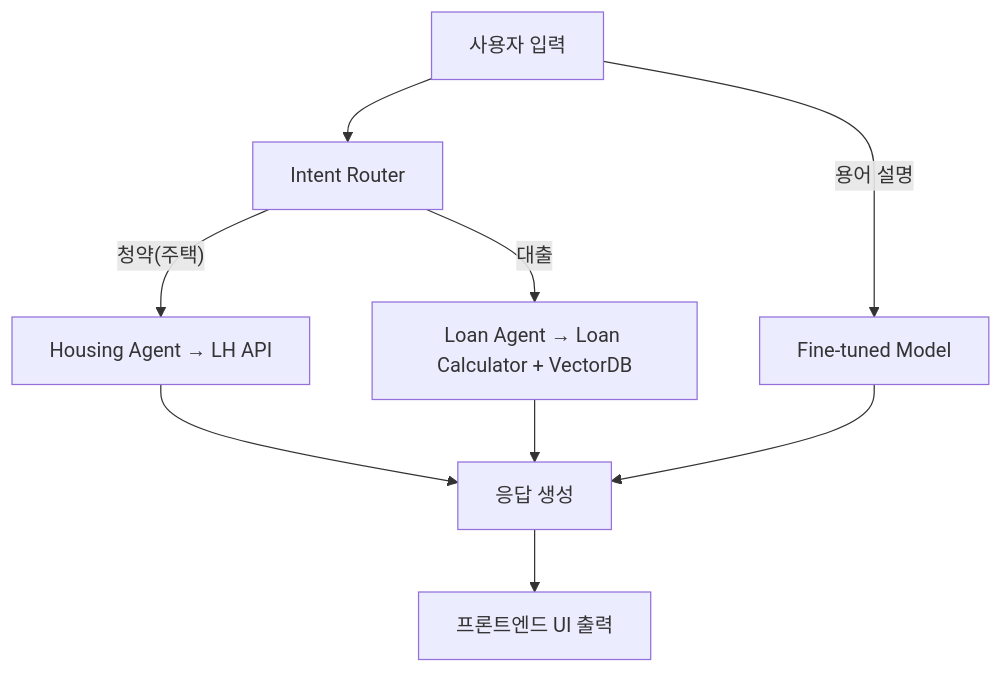
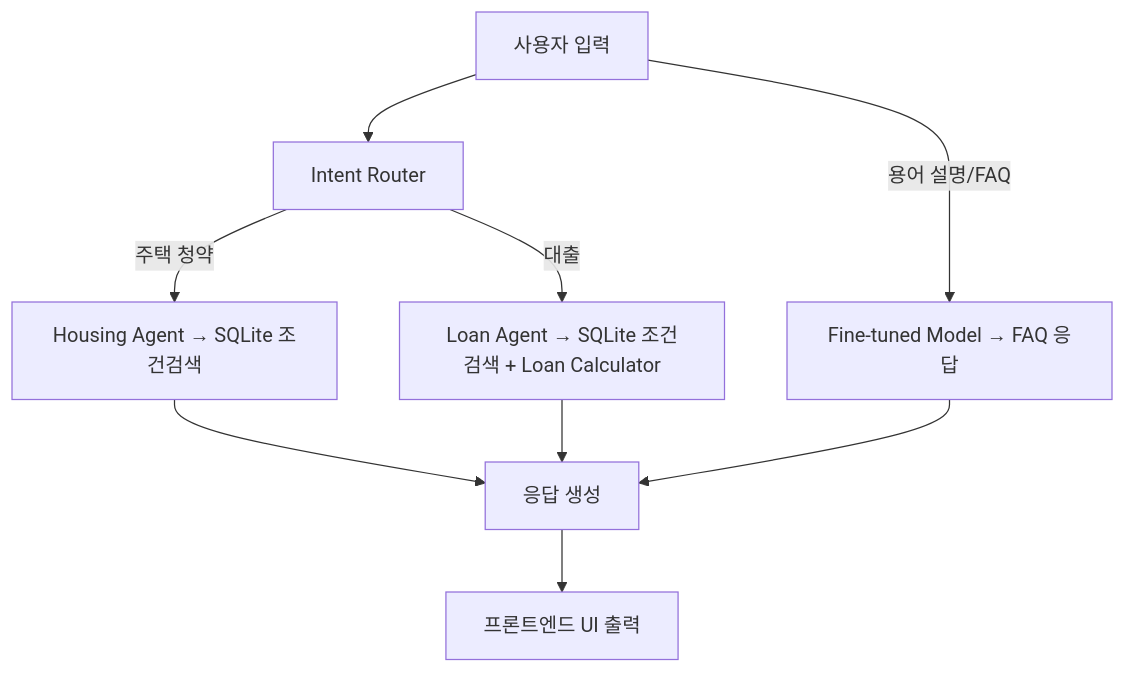
The diagram in README.md (ChangMin59/welhome), drawn with Mermaid before and after one commit.

````diff
--- a/README.md
+++ b/README.md
@@ -143,11 +143,11 @@
 ```mermaid
 flowchart TD
     A[사용자 입력] --> B[Intent Router]
-    B -->|"청약(주택)"| C[Housing Agent → LH API]
-    B -->|"대출"| D[Loan Agent → Loan Calculator + VectorDB]
-    A -->|"용어 설명"| E[Fine-tuned Model]
+    B -->|주택 청약| C[Housing Agent → SQLite 조건검색]
+    B -->|대출| D[Loan Agent → SQLite 조건검색 + Loan Calculator]
+    A -->|용어 설명/FAQ| E[Fine-tuned Model → FAQ 응답]
     C --> F[응답 생성]
     D --> F
     E --> F
     F --> G[프론트엔드 UI 출력]
 ```
````
